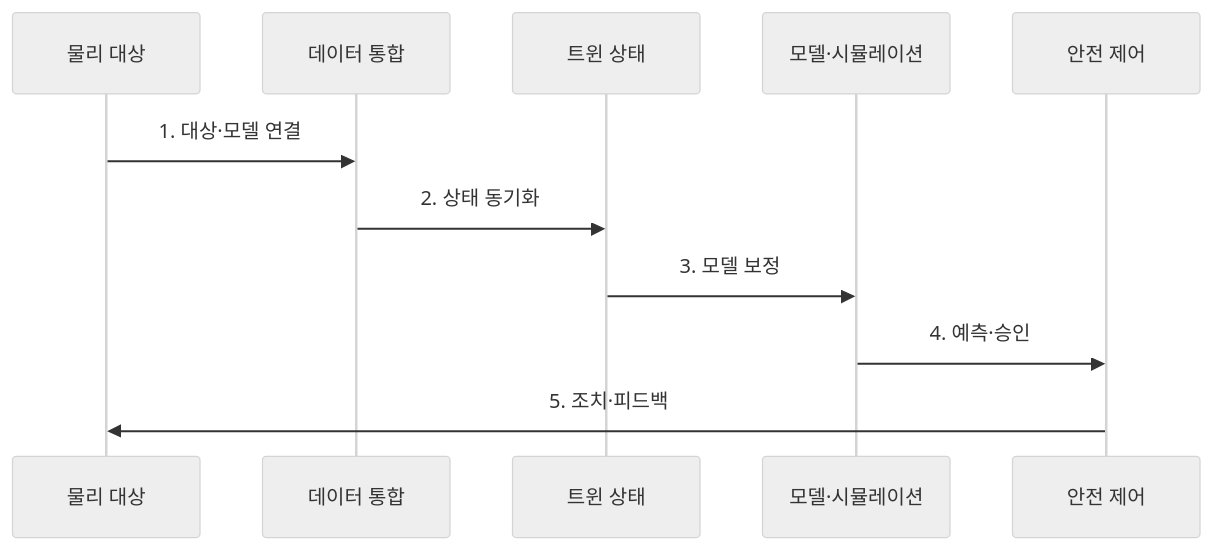
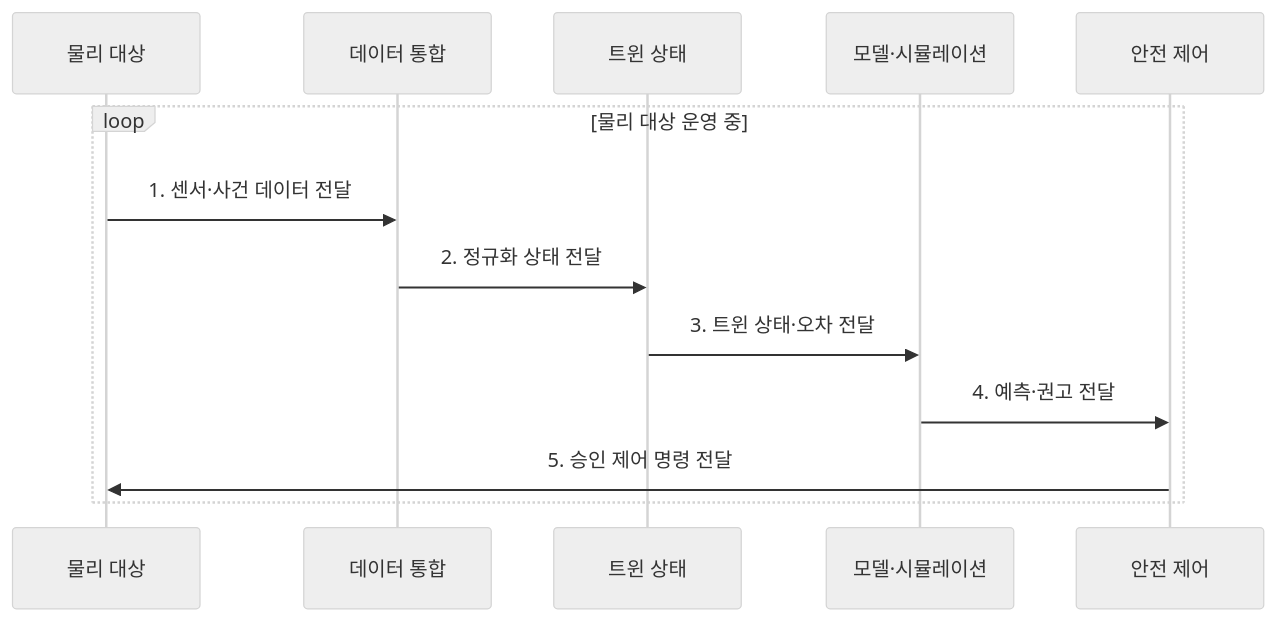
The second of 2 diagrams in src/content/docs/notes/08-latest-tech/200_digital_twin.md (agnusdei1207/knowledge-base), drawn with Mermaid (neutral theme) before and after one commit. The commit also changed other lines of this file and 225 other files, not shown here.

````diff
--- a/src/content/docs/notes/08-latest-tech/200_digital_twin.md
+++ b/src/content/docs/notes/08-latest-tech/200_digital_twin.md
@@ -75,13 +76,15 @@
 ```mermaid
 sequenceDiagram
   participant P as 물리 대상
   participant I as 데이터 통합
   participant T as 트윈 상태
   participant M as 모델·시뮬레이션
   participant C as 안전 제어
-  P->>I: 1. 대상·모델 연결
-  I->>T: 2. 상태 동기화
-  T->>M: 3. 모델 보정
-  M->>C: 4. 예측·승인
-  C->>P: 5. 조치·피드백
+  loop 물리 대상 운영 중
+    P->>I: 1. 센서·사건 데이터 전달
+    I->>T: 2. 정규화 상태 전달
+    T->>M: 3. 트윈 상태·오차 전달
+    M->>C: 4. 예측·권고 전달
+    C->>P: 5. 승인 제어 명령 전달
+  end
 ```
````
